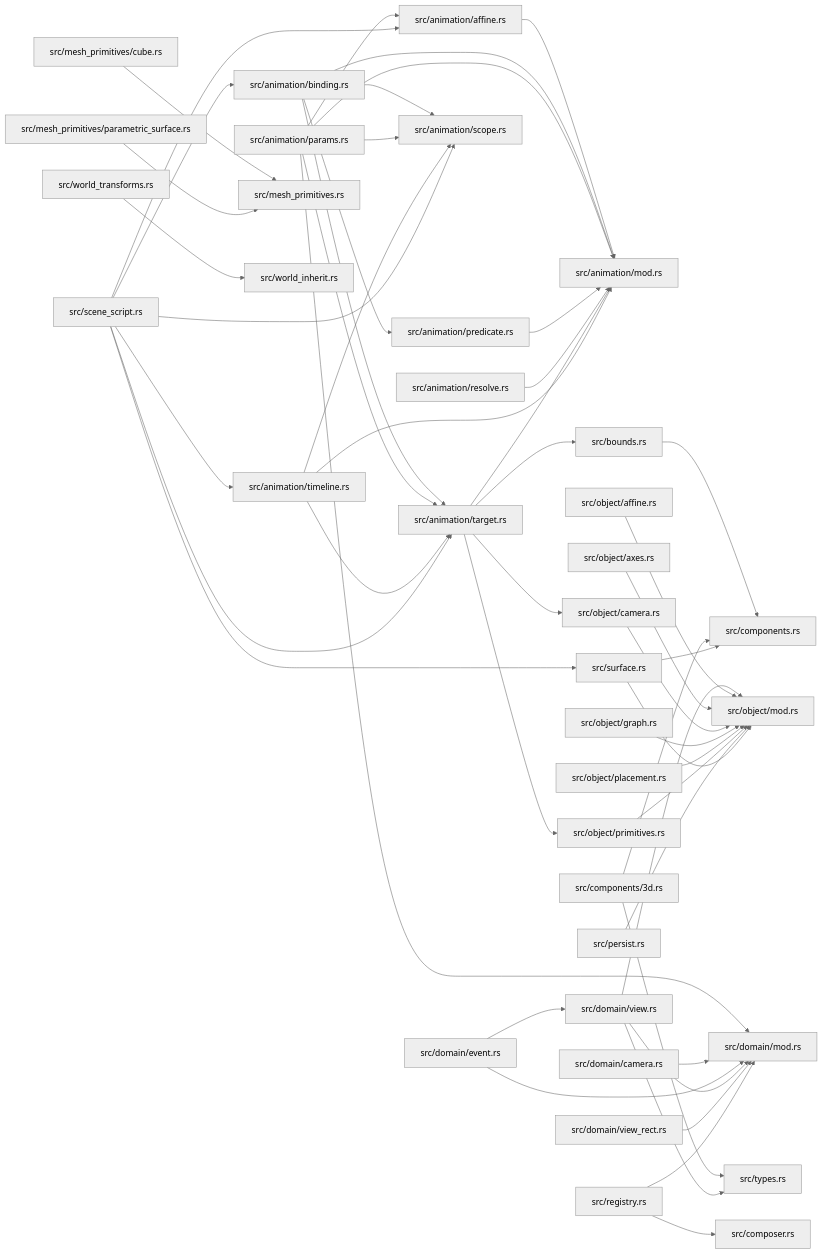
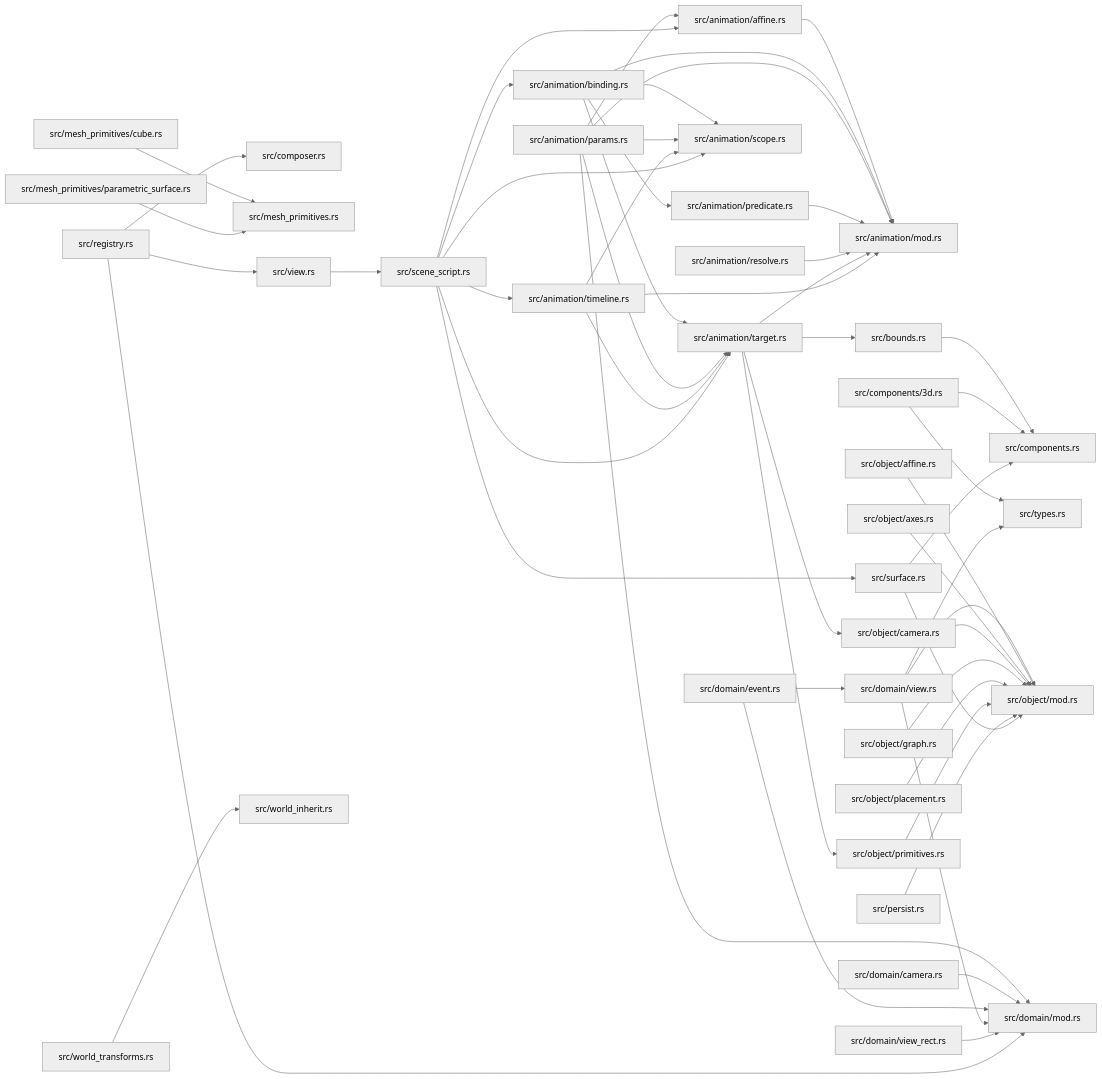
One commit to xcrtp/zela changed the diagram in docs/modules/ze-scene-core.md. Above: the diagram before and after it, drawn with Mermaid (neutral theme). The commit also changed other lines of this file and 10 other files, not shown here.

````diff
--- a/docs/modules/ze-scene-core.md
+++ b/docs/modules/ze-scene-core.md
@@ -98,11 +99,12 @@
     f11["src/object/primitives.rs"]
     f28["src/persist.rs"]
     f29["src/registry.rs"]
-    f31["src/scene_script.rs"]
-    f32["src/surface.rs"]
+    f32["src/scene_script.rs"]
+    f33["src/surface.rs"]
     f15["src/types.rs"]
-    f34["src/world_inherit.rs"]
-    f33["src/world_transforms.rs"]
+    f31["src/view.rs"]
+    f35["src/world_inherit.rs"]
+    f34["src/world_transforms.rs"]
     f0 --> f1
     f2 --> f1
     f2 --> f3
@@ -143,13 +145,15 @@
     f28 --> f19
     f29 --> f30
     f29 --> f7
-    f31 --> f0
-    f31 --> f2
-    f31 --> f4
-    f31 --> f5
-    f31 --> f12
+    f29 --> f31
+    f32 --> f0
+    f32 --> f2
+    f32 --> f4
+    f32 --> f5
+    f32 --> f12
+    f32 --> f33
+    f33 --> f13
+    f33 --> f19
     f31 --> f32
-    f32 --> f13
-    f32 --> f19
-    f33 --> f34
+    f34 --> f35
 ```
````
